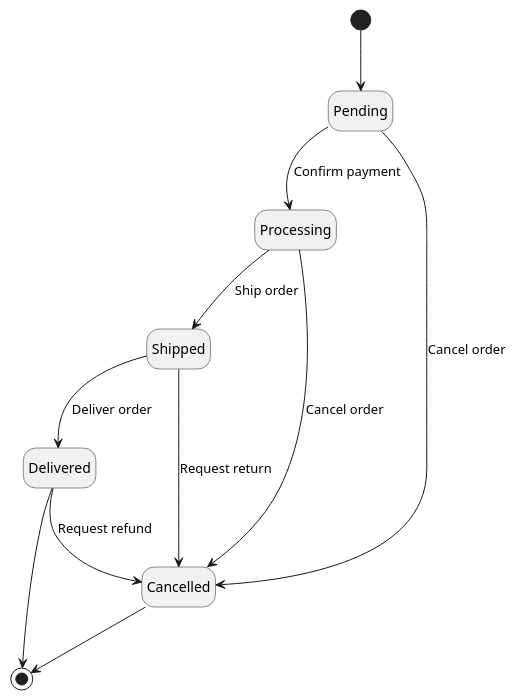
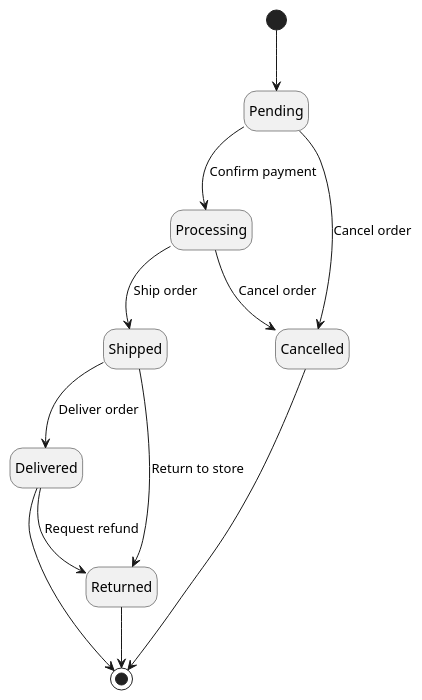
Before and after one commit to gabdumal/dcc078: the diagram in src/main/java/assignments/shipping/StateDiagram.puml, drawn with PlantUML. The commit also changed 5 other files, not shown here.

```diff
--- a/src/main/java/assignments/shipping/StateDiagram.puml
+++ b/src/main/java/assignments/shipping/StateDiagram.puml
@@ -1,22 +1,23 @@
 @startuml
 'https://plantuml.com/state'-diagram
 
 hide empty description
 
 [*] --> Pending
 
 Pending --> Processing : Confirm payment
 Pending --> Cancelled : Cancel order
 
 Processing --> Shipped : Ship order
 Processing --> Cancelled : Cancel order
 
 Shipped --> Delivered : Deliver order
-Shipped --> Cancelled : Request return
+Shipped --> Returned : Return to store
 
-Delivered --> Cancelled : Request refund
+Delivered --> Returned : Request refund
 
 Delivered --> [*]
 Cancelled --> [*]
+Returned --> [*]
 
 @enduml
```
